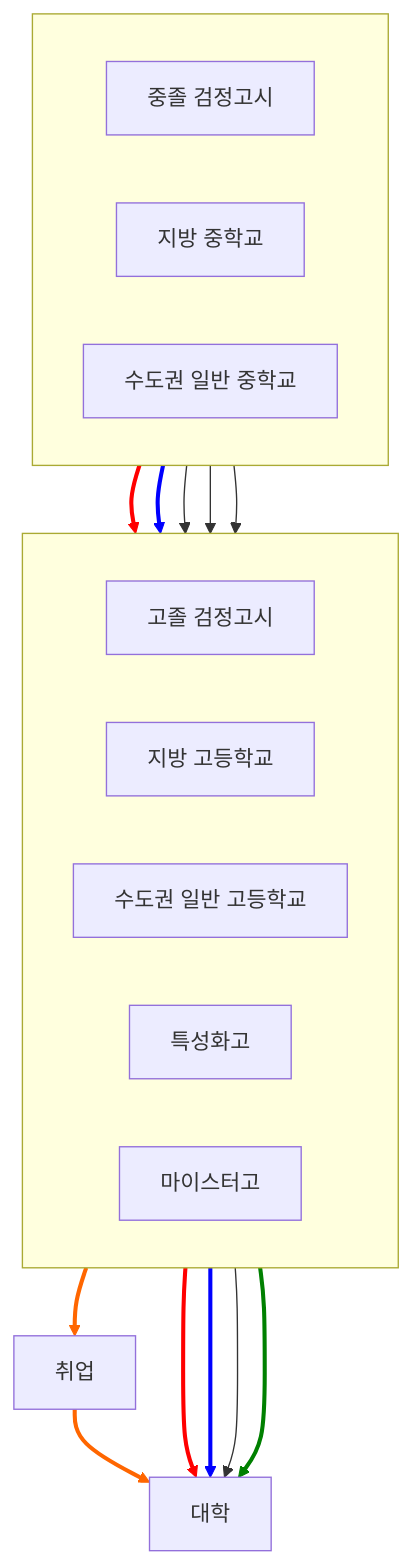
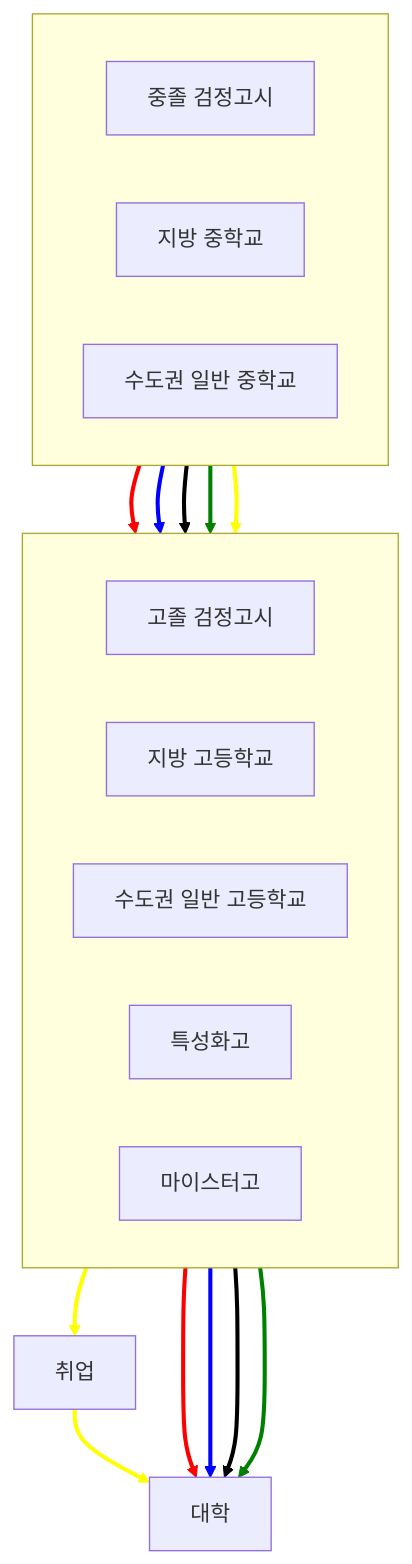
Before and after one commit to Doyouwanttoliveforever/Doyouwanttoliveforever.github.io: the diagram in _posts/2026-02-22-path guide for young students.md, drawn with Mermaid.

````diff
--- a/_posts/2026-02-22-path guide for young students.md
+++ b/_posts/2026-02-22-path guide for young students.md
@@ -14,38 +14,39 @@
 ```mermaid
 flowchart TD
 
     %% 중학교 레벨
     subgraph MiddleSchool [" "]
         direction LR
         A[중졸 검정고시]
         D[지방 중학교]
         F[수도권 일반 중학교]
     end
 
     %% 고등학교 레벨
     subgraph HighSchool [" "]
         direction LR
         B[고졸 검정고시]
         E[지방 고등학교]
         G[수도권 일반 고등학교]
         H[특성화고]
         I[마이스터고]
     end
 
     %% 이후 단계
     C[대학]
     J[취업]
 
     %% 연결 관계
     A --> B --> C
     D --> E --> C
     F --> G --> C
     F --> H --> C
     F --> I --> J --> C
 
     %% 화살표 색 변경
     linkStyle 0,1 stroke:red,stroke-width:3px
     linkStyle 2,3 stroke:blue,stroke-width:3px
-    linkStyle 7 stroke:green,stroke-width:3px
-    linkStyle 9,10 stroke:#ff6600,stroke-width:3px
+    linkStyle 4,5 stroke:black,stroke-width:3px
+    linkStyle 6,7 stroke:green,stroke-width:3px
+    linkStyle 8,9,10 stroke:yellow,stroke-width:3px
 ```
````
